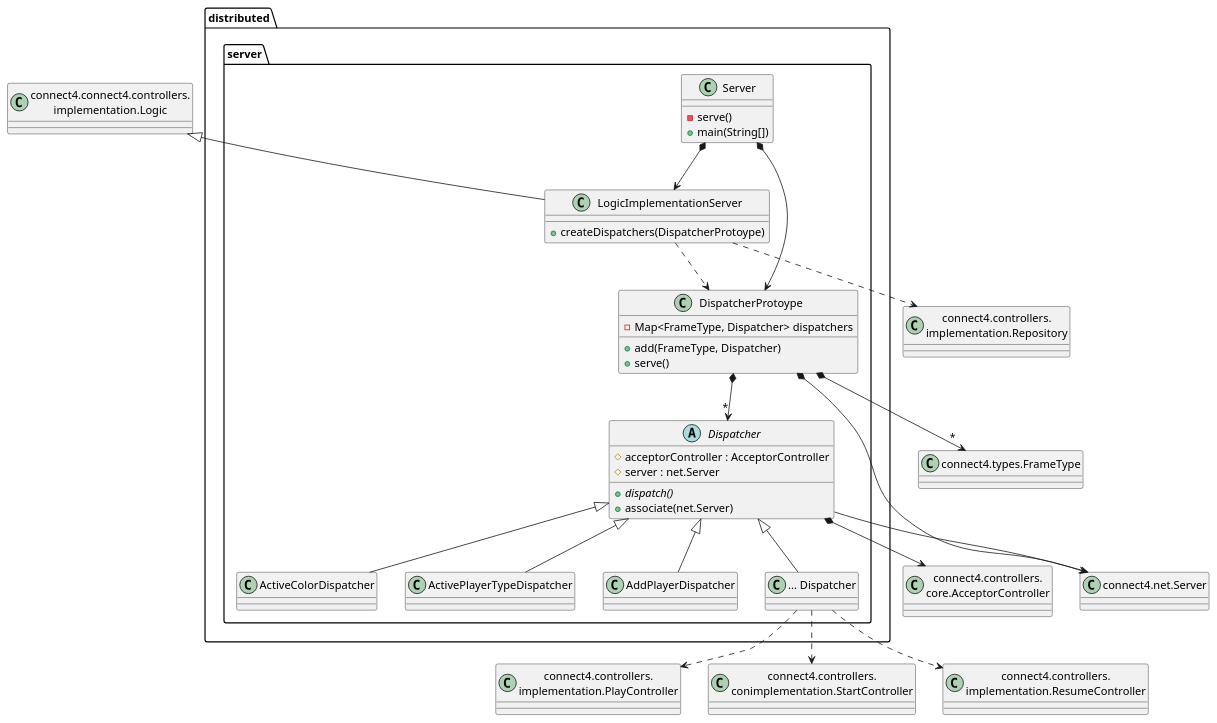
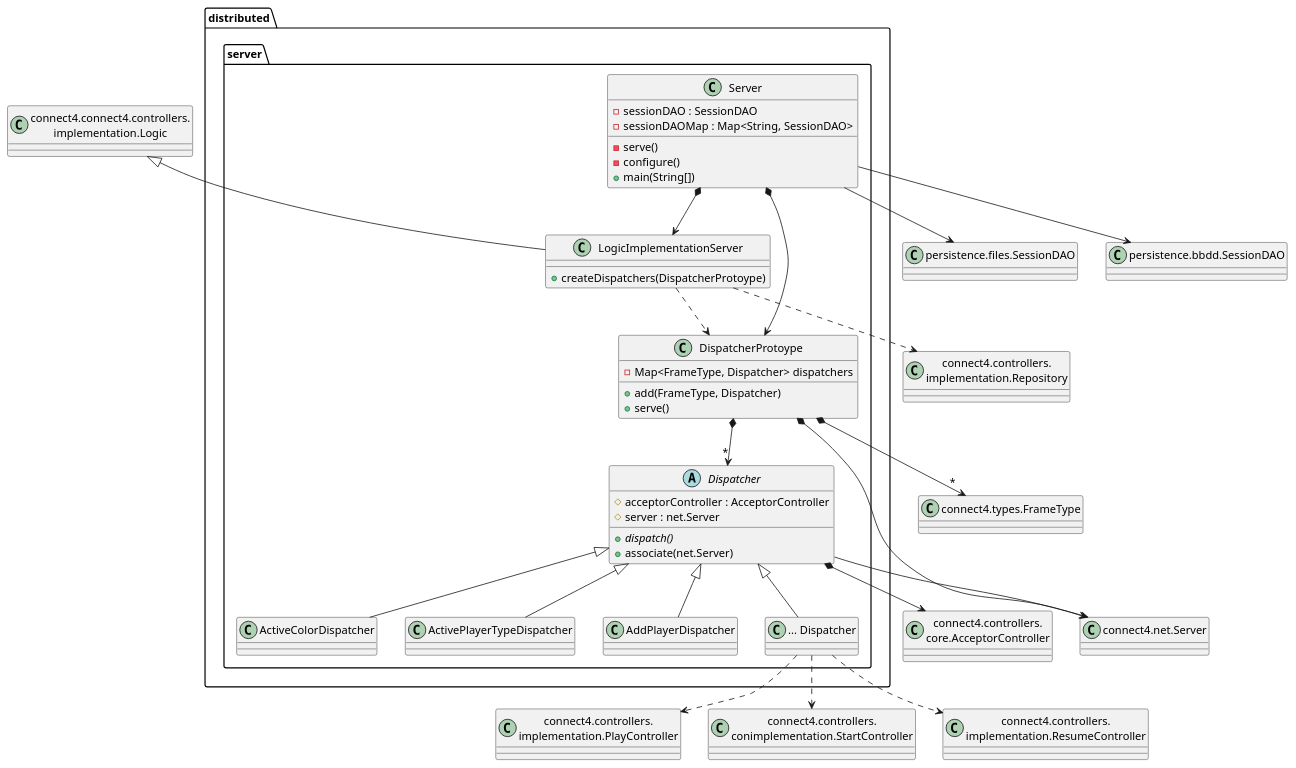
Before and after one commit to js-rom/connect4: the diagram in connect4/Docs/diagrams/src/packages/connect4.connect4.launchers.distributed.server.plantuml, drawn with PlantUML. The commit also changed 5 other files, not shown here.

```diff
--- a/connect4/Docs/diagrams/src/packages/connect4.connect4.launchers.distributed.server.plantuml
+++ b/connect4/Docs/diagrams/src/packages/connect4.connect4.launchers.distributed.server.plantuml
@@ -1,58 +1,66 @@
 @startuml connect4.connect4.launchers.distributed.server
 
+class SessionDAOFiles as "persistence.files.SessionDAO"
+class SessionDAObbdd as "persistence.bbdd.SessionDAO"
+
 class distributed.server.Server {
+    - sessionDAO : SessionDAO
+    - sessionDAOMap : Map<String, SessionDAO>
     - serve()
+    - configure()
     + main(String[])
 }
 class distributed.server.DispatcherProtoype {
     - Map<FrameType, Dispatcher> dispatchers
     + add(FrameType, Dispatcher)
     + serve()
 }
 class distributed.server.LogicImplementationServer {
     + createDispatchers(DispatcherProtoype)
 }
 abstract class distributed.server.Dispatcher {
     # acceptorController : AcceptorController
     # server : net.Server
     + {abstract} dispatch()
-    + associate(net.Server) 
+    + associate(net.Server)
 }
 class distributed.server.ActiveColorDispatcher
 class distributed.server.ActivePlayerTypeDispatcher
 class distributed.server.AddPlayerDispatcher
 class distributed.server.XxxDispatcher as "... Dispatcher"
 
 Server *--> LogicImplementationServer
 Server *--> DispatcherProtoype
 class Logic as  "connect4.connect4.controllers.\nimplementation.Logic"
 Logic <|-- LogicImplementationServer
 LogicImplementationServer ..> DispatcherProtoype
 
 class NetServer as "connect4.net.Server"
 DispatcherProtoype *--> NetServer
 class FrameType as "connect4.types.FrameType"
 DispatcherProtoype *--> "*" FrameType
 DispatcherProtoype *--> "*" Dispatcher
 
 Dispatcher --> NetServer
 class AcceptorController as "connect4.controllers.\ncore.AcceptorController"
-Dispatcher *--> AcceptorController 
+Dispatcher *--> AcceptorController
 
 
 Dispatcher <|-- ActiveColorDispatcher
 Dispatcher <|-- ActivePlayerTypeDispatcher
 Dispatcher <|-- AddPlayerDispatcher
 Dispatcher <|-- XxxDispatcher
 class PlayController as "connect4.controllers.\nimplementation.PlayController"
 class StartController as "connect4.controllers.\nconimplementation.StartController"
 class ResumeController as "connect4.controllers.\nimplementation.ResumeController"
 XxxDispatcher ..> PlayController
 XxxDispatcher ..> StartController
 XxxDispatcher ..> ResumeController
 
 class Repository as "connect4.controllers.\nimplementation.Repository"
 distributed.server.LogicImplementationServer ..> Repository
+distributed.server.Server --> SessionDAOFiles
+distributed.server.Server --> SessionDAObbdd
 
 
-@enduml 
+@enduml
```
